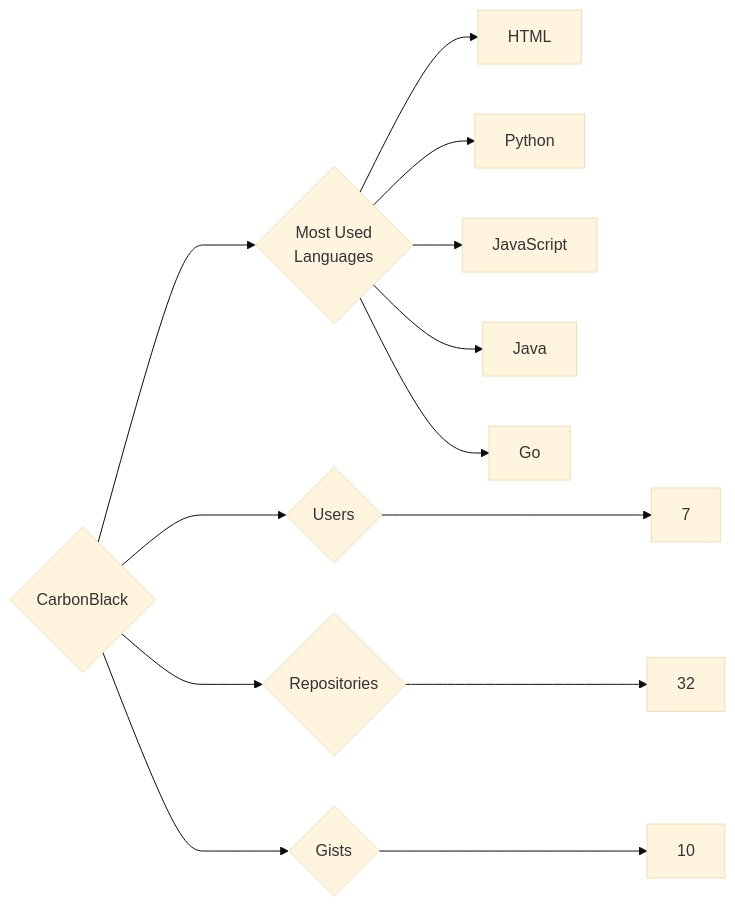
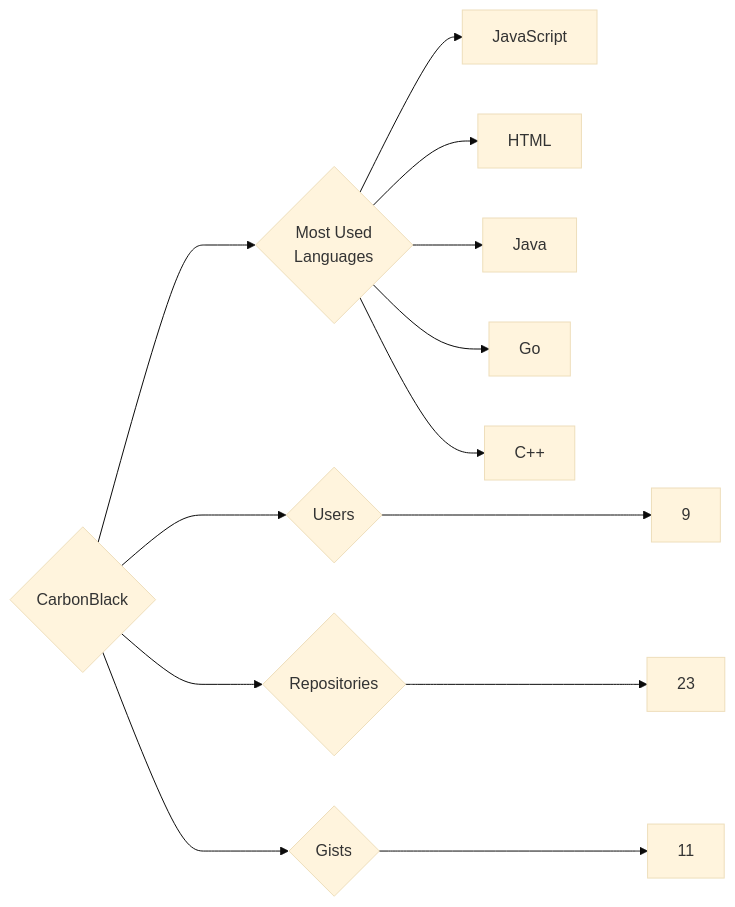
Before and after one commit to trickest/insiders: the diagram in targets/CarbonBlack/README.md, drawn with Mermaid (base theme). The commit also changed 1123 other files, not shown here.

````diff
--- a/targets/CarbonBlack/README.md
+++ b/targets/CarbonBlack/README.md
@@ -3,13 +3,13 @@
 ```mermaid
 graph LR
 COMPANY_NAME{CarbonBlack}
-COMPANY_NAME ---> U{Users} ---> UN[7]
-COMPANY_NAME ---> R{Repositories} ---> RN[32]
-COMPANY_NAME ---> G{Gists} ---> GN[10]
+COMPANY_NAME ---> U{Users} ---> UN[9]
+COMPANY_NAME ---> R{Repositories} ---> RN[23]
+COMPANY_NAME ---> G{Gists} ---> GN[11]
 COMPANY_NAME ---> ML{Most Used<br>Languages}
+ML --> JavaScript[JavaScript]
 ML --> HTML[HTML]
-ML --> Python[Python]
-ML --> JavaScript[JavaScript]
 ML --> Java[Java]
 ML --> Go[Go]
+ML --> C++[C++]
 ```
````
